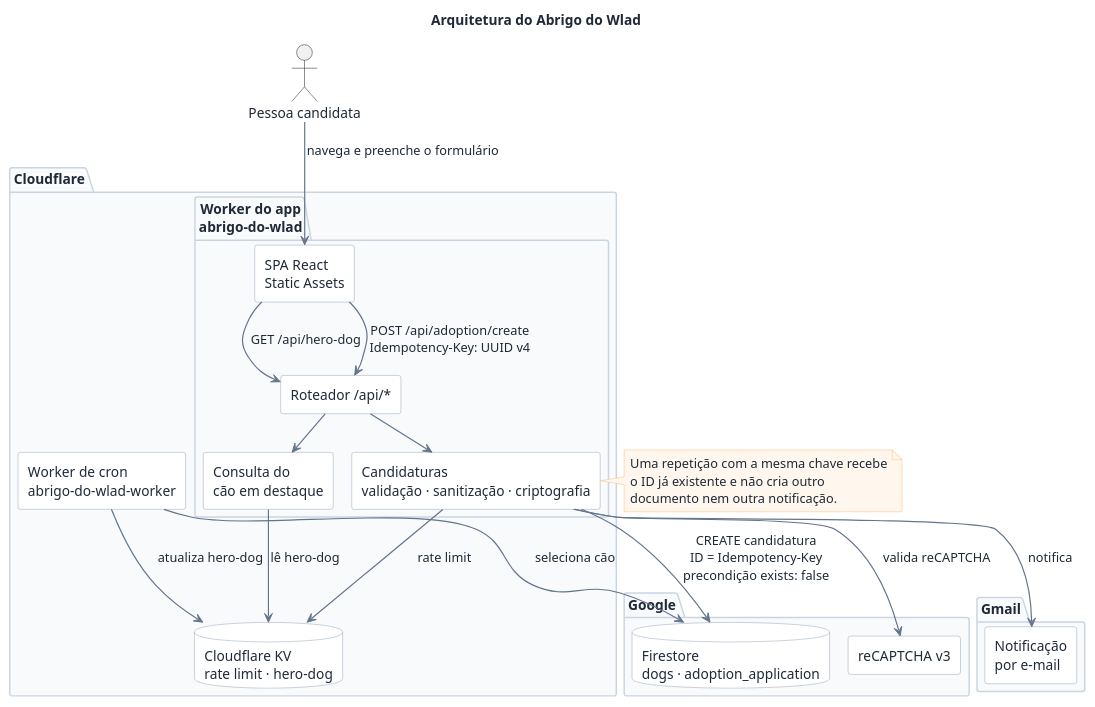
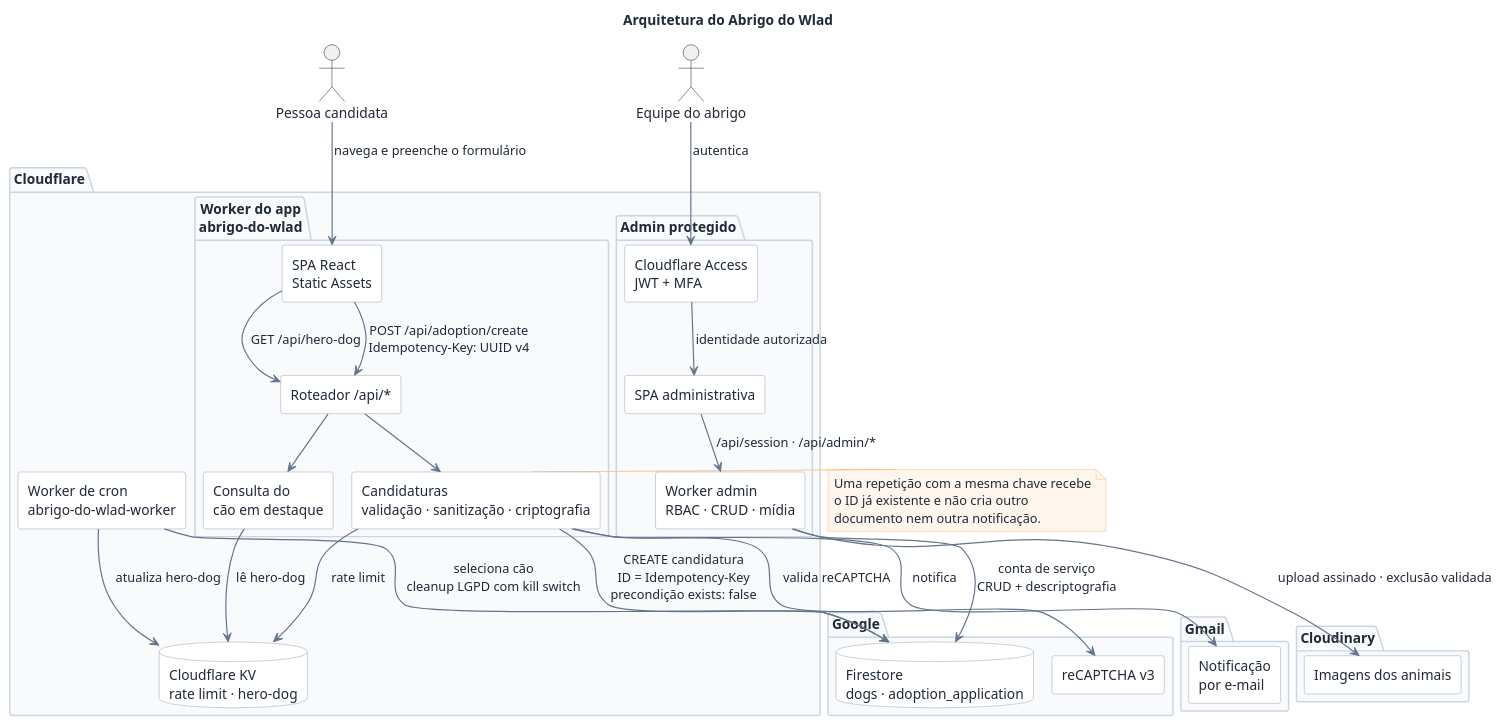
The diagram in docs/architecture.puml (spantalho/abrigo-do-wlad), drawn with PlantUML before and after one commit. The commit also changed 331 other files, not shown here.

```diff
--- a/docs/architecture.puml
+++ b/docs/architecture.puml
@@ -1,65 +1,80 @@
 @startuml
 !pragma layout smetana
 title Arquitetura do Abrigo do Wlad
 
 skinparam backgroundColor #FFFFFF
 skinparam shadowing false
 skinparam componentStyle rectangle
 skinparam defaultFontName Arial
 skinparam defaultFontColor #1F2937
 skinparam ArrowColor #64748B
 skinparam ArrowThickness 1.2
 skinparam packageBorderColor #CBD5E1
 skinparam packageBackgroundColor #F8FAFC
 skinparam componentBorderColor #94A3B8
 skinparam componentBackgroundColor #FFFFFF
 skinparam databaseBorderColor #94A3B8
 skinparam databaseBackgroundColor #FFFFFF
 skinparam noteBorderColor #FDBA74
 skinparam noteBackgroundColor #FFF7ED
 
 actor "Pessoa candidata" as candidate
+actor "Equipe do abrigo" as staff
 
 package "Cloudflare" as cloudflare {
   package "Worker do app\nabrigo-do-wlad" as app_worker {
     component "SPA React\nStatic Assets" as spa
     component "Roteador /api/*" as router
     component "Candidaturas\nvalidação · sanitização · criptografia" as adoption
     component "Consulta do\ncão em destaque" as hero_api
   }
 
   component "Worker de cron\nabrigo-do-wlad-worker" as cron
+  package "Admin protegido" as admin_app {
+    component "Cloudflare Access\nJWT + MFA" as access
+    component "SPA administrativa" as admin_spa
+    component "Worker admin\nRBAC · CRUD · mídia" as admin_worker
+  }
   database "Cloudflare KV\nrate limit · hero-dog" as kv
 }
 
 package "Google" as google {
   component "reCAPTCHA v3" as recaptcha
   database "Firestore\ndogs · adoption_application" as firestore
 }
 
+package "Cloudinary" as cloudinary {
+  component "Imagens dos animais" as images
+}
+
 package "Gmail" as gmail {
   component "Notificação\npor e-mail" as email
 }
 
 candidate --> spa : navega e preenche o formulário
+staff --> access : autentica
+access --> admin_spa : identidade autorizada
+admin_spa --> admin_worker : /api/session · /api/admin/*
+admin_worker --> firestore : conta de serviço\nCRUD + descriptografia
+admin_worker --> images : upload assinado · exclusão validada
 spa --> router : GET /api/hero-dog
 router --> hero_api
 hero_api --> kv : lê hero-dog
 
 spa --> router : POST /api/adoption/create\nIdempotency-Key: UUID v4
 router --> adoption
 adoption --> kv : rate limit
 adoption --> recaptcha : valida reCAPTCHA
 adoption --> firestore : CREATE candidatura\nID = Idempotency-Key\nprecondição exists: false
 adoption --> email : notifica
 
-cron --> firestore : seleciona cão
+cron --> firestore : seleciona cão\ncleanup LGPD com kill switch
 cron --> kv : atualiza hero-dog
 
 note right of adoption
   Uma repetição com a mesma chave recebe
   o ID já existente e não cria outro
   documento nem outra notificação.
 end note
 
 @enduml
```
